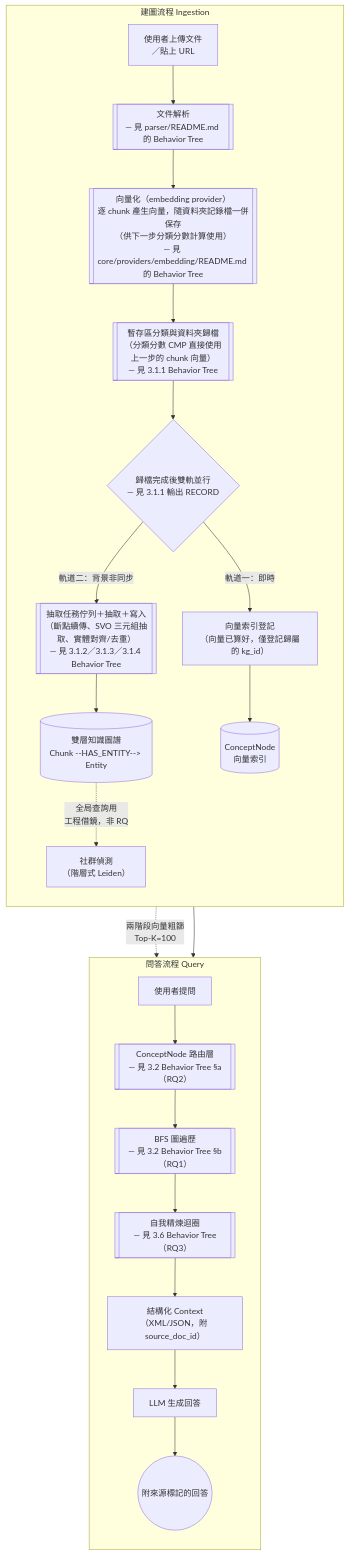
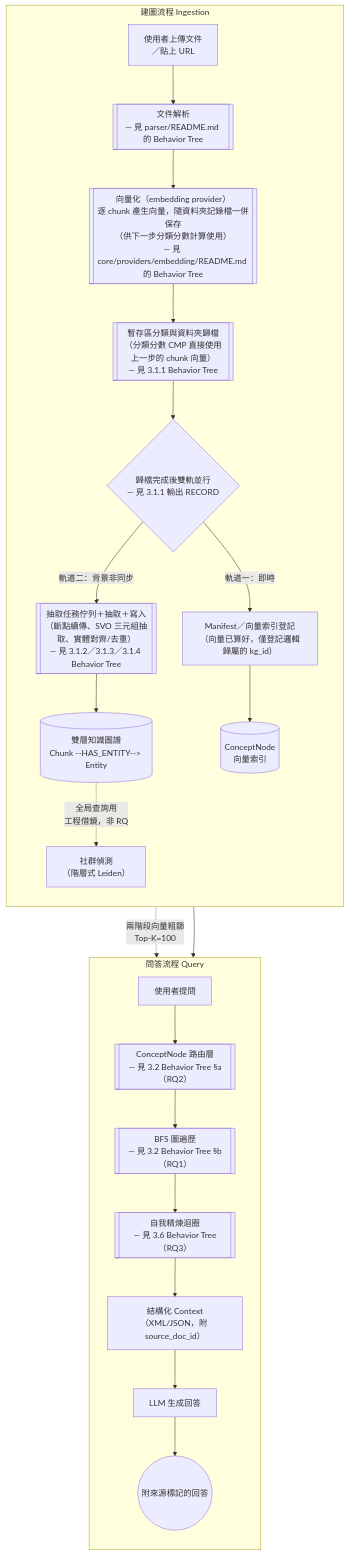
The first of 20 diagrams in docs/論文/03_系統設計與方法論.md (Chester930/world-knowledge-graph-rag), drawn with Mermaid before and after one commit. The commit also changed other lines of this file and 53 other files, not shown here.

````diff
--- a/docs/論文/03_系統設計與方法論.md
+++ b/docs/論文/03_系統設計與方法論.md
@@ -11,29 +11,29 @@
 ```mermaid
 flowchart TD
     subgraph ING["建圖流程 Ingestion"]
         direction TB
         UP["使用者上傳文件<br/>／貼上 URL"] --> PARSE
         PARSE[["文件解析<br/>— 見 parser/README.md 的 Behavior Tree"]] --> VEC
         VEC[["向量化（embedding provider）<br/>逐 chunk 產生向量，隨資料夾記錄檔一併保存<br/>（供下一步分類分數計算使用）<br/>— 見 core/providers/embedding/README.md 的 Behavior Tree"]] --> STAGE
         STAGE[["暫存區分類與資料夾歸檔<br/>（分類分數 CMP 直接使用上一步的 chunk 向量）<br/>— 見 3.1.1 Behavior Tree"]] --> SPLIT{"歸檔完成後雙軌並行<br/>— 見 3.1.1 輸出 RECORD"}
-        SPLIT -->|"軌道一：即時"| REGIDX["向量索引登記<br/>（向量已算好，僅登記歸屬的 kg_id）"]
+        SPLIT -->|"軌道一：即時"| REGIDX["Manifest／向量索引登記<br/>（向量已算好，僅登記邏輯歸屬的 kg_id）"]
         SPLIT -->|"軌道二：背景非同步"| QUEUE
         QUEUE[["抽取任務佇列＋抽取＋寫入<br/>（斷點續傳、SVO 三元組抽取、實體對齊/去重）<br/>— 見 3.1.2／3.1.3／3.1.4 Behavior Tree"]]
         QUEUE --> KG[("雙層知識圖譜<br/>Chunk --HAS_ENTITY--> Entity")]
         REGIDX --> CONCEPTIDX[("ConceptNode<br/>向量索引")]
         KG -.->|"全局查詢用<br/>工程借鏡，非 RQ"| COMM["社群偵測<br/>（階層式 Leiden）"]
     end
 
     subgraph QRY["問答流程 Query"]
         direction TB
         Q["使用者提問"] --> ROUTE
         ROUTE[["ConceptNode 路由層<br/>— 見 3.2 Behavior Tree §a（RQ2）"]] --> BFS
         BFS[["BFS 圖遍歷<br/>— 見 3.2 Behavior Tree §b（RQ1）"]] --> REFINE
         REFINE[["自我精煉迴圈<br/>— 見 3.6 Behavior Tree（RQ3）"]] --> CTX
         CTX["結構化 Context<br/>（XML/JSON，附 source_doc_id）"] --> LLM
         LLM["LLM 生成回答"] --> CITE(("附來源標記的回答"))
     end
 
     CONCEPTIDX -.->|"兩階段向量粗篩<br/>Top-K=100"| ROUTE
     KG --> BFS
 ```
````
